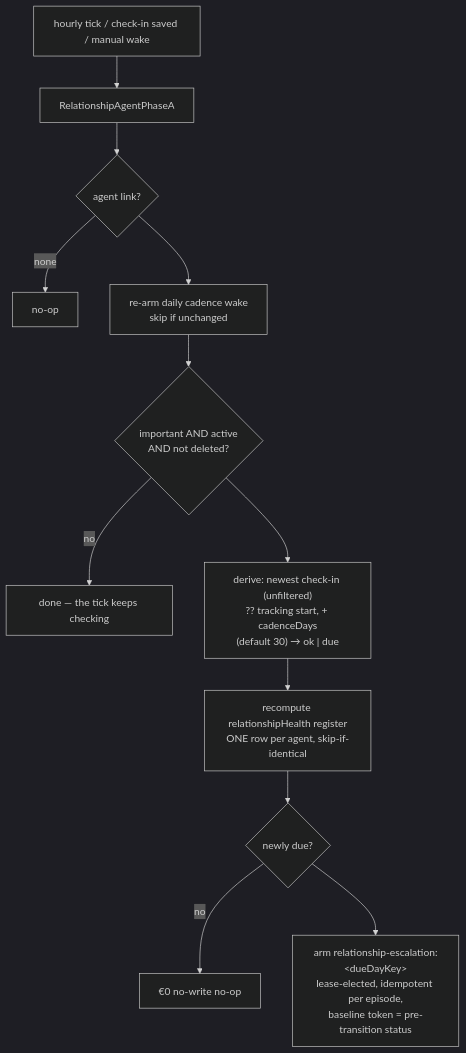
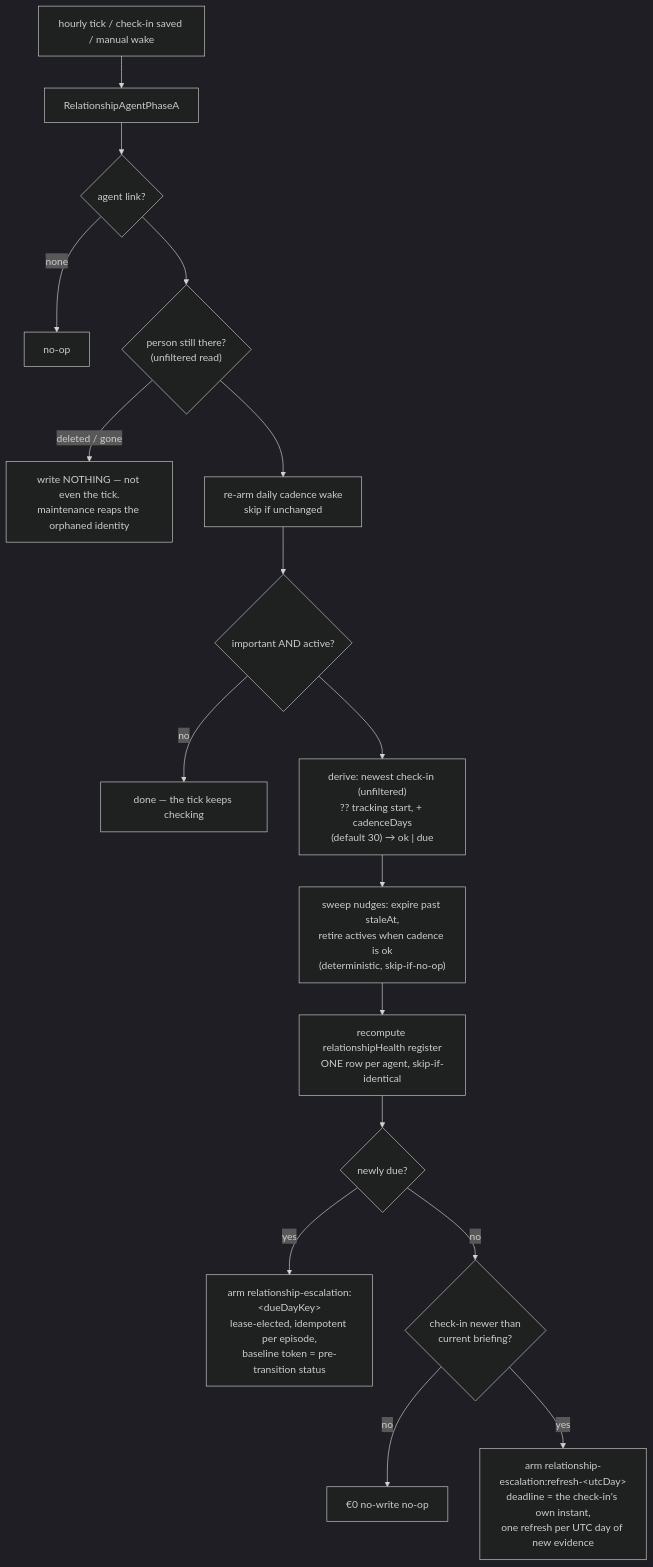
The third of 3 diagrams in knowledge/features/relationships.md (matthiasn/lotti), drawn with Mermaid (dark theme) before and after one commit. The commit also changed other lines of this file and 112 other files, not shown here.

Commit message:
feat: relationship agent LLM tier — briefing, banner, chat (plan v2 phase 5)

````diff
--- a/knowledge/features/relationships.md
+++ b/knowledge/features/relationships.md
@@ -224,14 +243,19 @@
 ```mermaid
 flowchart TD
   T[hourly tick / check-in saved / manual wake] --> A[RelationshipAgentPhaseA]
   A --> L{agent link?}
   L -->|none| OK1[no-op]
-  L --> R[re-arm daily cadence wake<br/>skip if unchanged]
-  R --> E{important AND active<br/>AND not deleted?}
+  L --> G{"person still there?<br/>(unfiltered read)"}
+  G -->|"deleted / gone"| STOP["write NOTHING — not even the tick.<br/>maintenance reaps the orphaned identity"]
+  G --> R[re-arm daily cadence wake<br/>skip if unchanged]
+  R --> E{important AND active?}
   E -->|no| OK2[done — the tick keeps checking]
   E --> D["derive: newest check-in (unfiltered)<br/>?? tracking start, + cadenceDays<br/>(default 30) → ok | due"]
-  D --> REG["recompute relationshipHealth register<br/>ONE row per agent, skip-if-identical"]
-  REG --> N{newly due?}
-  N -->|no| OK3[€0 no-write no-op]
-  N --> ESC["arm relationship-escalation:&lt;dueDayKey&gt;<br/>lease-elected, idempotent per episode,<br/>baseline token = pre-transition status"]
+  D --> SW["sweep nudges: expire past staleAt,<br/>retire actives when cadence is ok<br/>(deterministic, skip-if-no-op)"]
+  SW --> REG["recompute relationshipHealth register<br/>ONE row per agent, skip-if-identical"]
+  REG --> N{"newly due?"}
+  N -->|yes| ESC["arm relationship-escalation:&lt;dueDayKey&gt;<br/>lease-elected, idempotent per episode,<br/>baseline token = pre-transition status"]
+  N -->|no| ST{"check-in newer than<br/>current briefing?"}
+  ST -->|no| OK3[€0 no-write no-op]
+  ST -->|yes| REF["arm relationship-escalation:refresh-&lt;utcDay&gt;<br/>deadline = the check-in's own instant,<br/>one refresh per UTC day of new evidence"]
 ```
````
